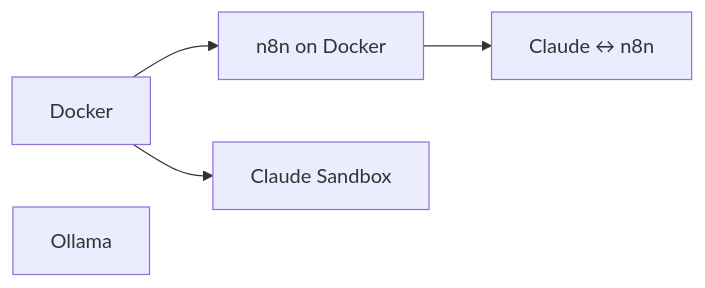
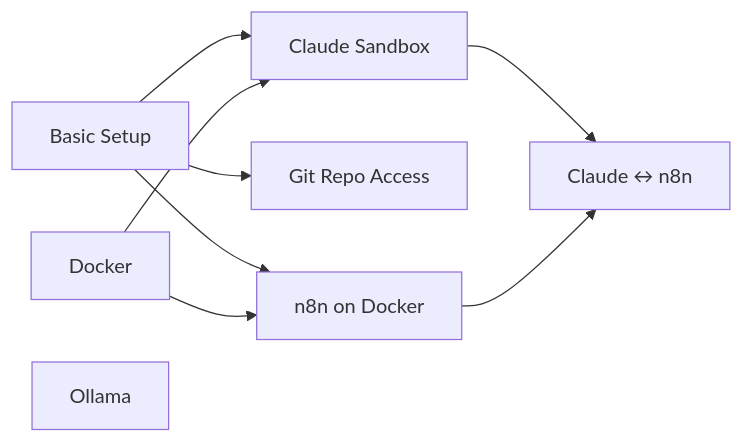
One commit to intersections-ch/manuals changed the diagram in README.md. Above: the diagram before and after it, drawn with Mermaid. The commit also changed other lines of this file and 17 other files, not shown here.

````diff
--- a/README.md
+++ b/README.md
@@ -20,6 +26,11 @@
 ```mermaid
 graph LR
-  docker[Docker] --> n8n[n8n on Docker] --> mcp[Claude ↔ n8n]
-  docker --> sbx[Claude Sandbox]
+  setup[Basic Setup] --> sbx[Claude Sandbox]
+  setup --> git[Git Repo Access]
+  setup --> n8n[n8n on Docker]
+  sbx --> mcp[Claude ↔ n8n]
+  n8n --> mcp
+  docker[Docker] --> sbx
+  docker --> n8n
   ollama[Ollama]
 ```
````
